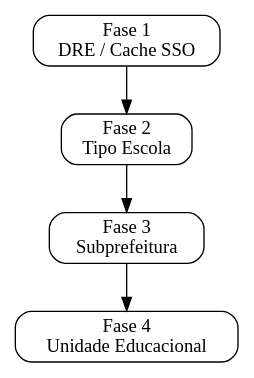
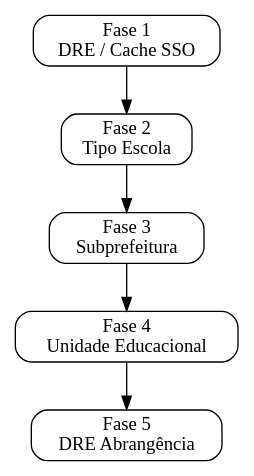
One commit to prefeiturasp/SME-IntegracaoEOL-MS-ETL changed the diagram in docs/dominios/institucional/visao_geral.md. Above: the diagram before and after it, drawn with Graphviz. The commit also changed other lines of this file and 29 other files, not shown here.

````diff
--- a/docs/dominios/institucional/visao_geral.md
+++ b/docs/dominios/institucional/visao_geral.md
@@ -48,13 +54,14 @@
 ```{graphviz}
 digraph G {
     rankdir=TB;
     node [shape=box, style="rounded"];
 
     F1 [label="Fase 1\nDRE / Cache SSO"];
     F2 [label="Fase 2\nTipo Escola"];
     F3 [label="Fase 3\nSubprefeitura"];
     F4 [label="Fase 4\nUnidade Educacional"];
+    F5 [label="Fase 5\nDRE Abrangência"];
 
-    F1 -> F2 -> F3 -> F4;
+    F1 -> F2 -> F3 -> F4 -> F5;
 }
 ```
````
